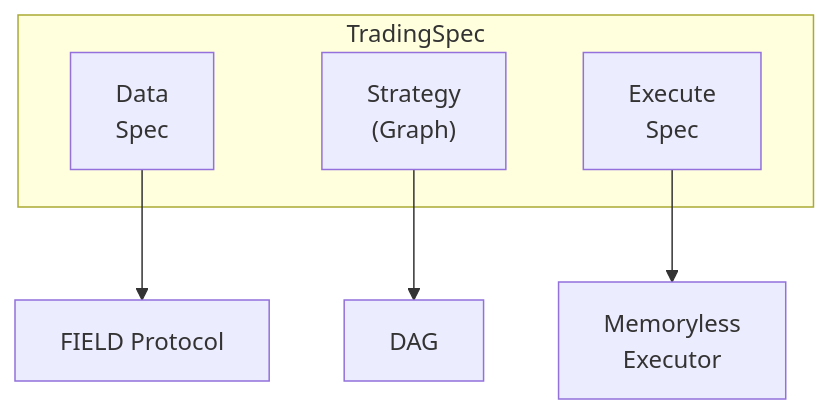
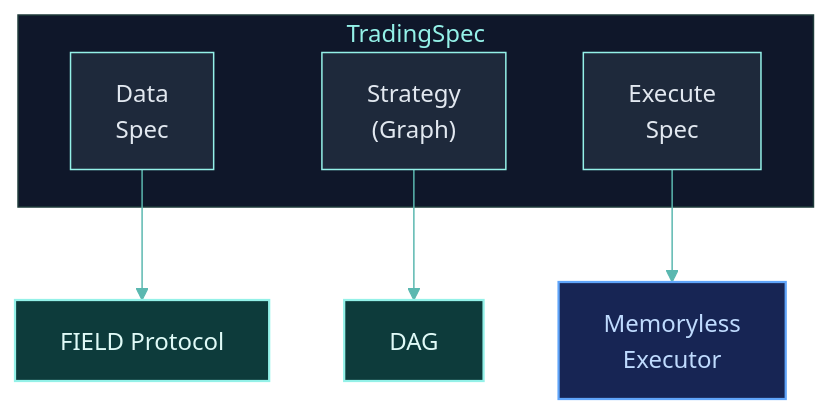
One commit to Clypt/docs changed the second of 2 diagrams in competitive/vs-quantrocket.mdx. Above: the diagram before and after it, drawn with Mermaid. The commit also changed other lines of this file and 73 other files, not shown here.

````diff
--- a/competitive/vs-quantrocket.mdx
+++ b/competitive/vs-quantrocket.mdx
@@ -35,11 +36,16 @@
 ```mermaid
+%%{init: {'theme': 'base', 'themeVariables': { 'primaryColor': '#1e293b', 'primaryTextColor': '#e2e8f0', 'primaryBorderColor': '#94F1E8', 'lineColor': '#5bb8b0', 'clusterBkg': '#0f172a', 'clusterBorder': '#1e3a3a', 'titleColor': '#94F1E8', 'edgeLabelBackground': 'transparent' }}}%%
 flowchart TB
+    classDef source fill:#0d3b3b,stroke:#94F1E8,stroke-width:1.5px,color:#e0faf7
+    classDef action fill:#172554,stroke:#60a5fa,stroke-width:1.5px,color:#bfdbfe
     subgraph TS["TradingSpec"]
         DS["Data<br>Spec"]
         SG["Strategy<br>(Graph)"]
         ES["Execute<br>Spec"]
     end
     DS --> FP["FIELD Protocol"]
     SG --> DAG["DAG"]
     ES --> ME["Memoryless<br>Executor"]
+    class FP,DAG source
+    class ME action
 ```
````
